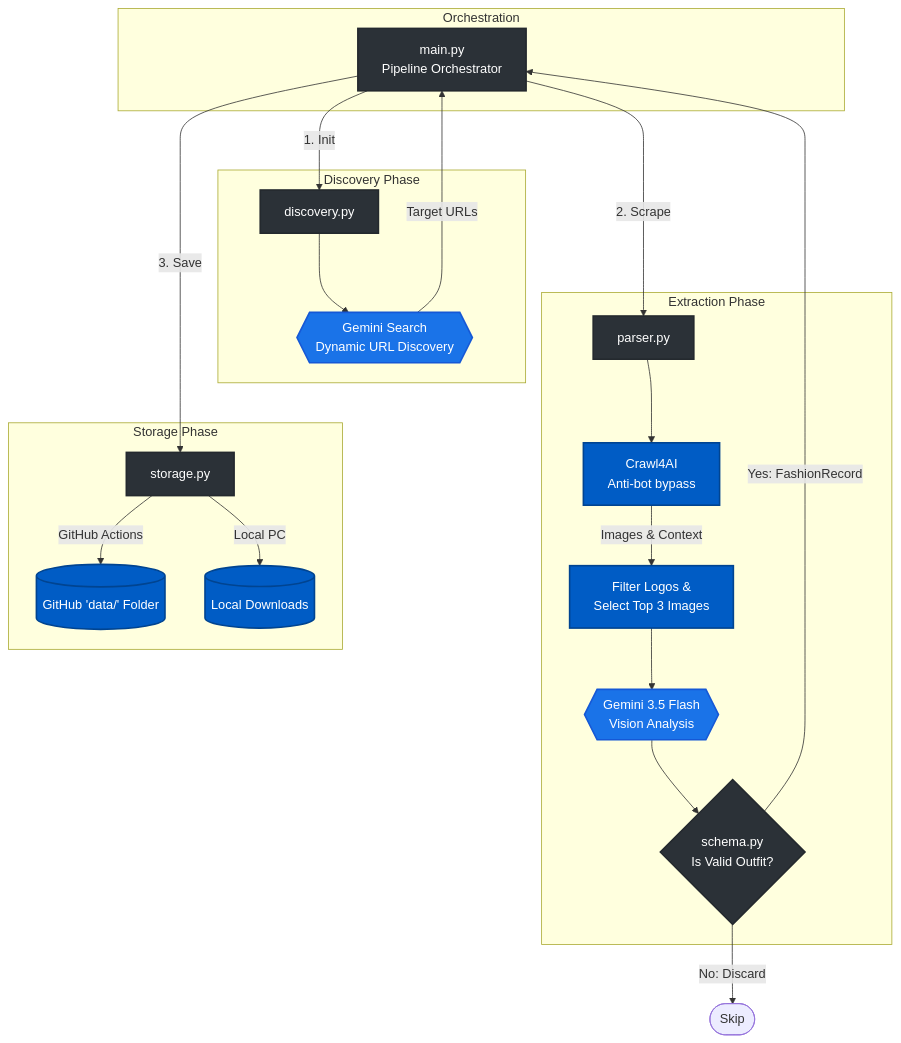
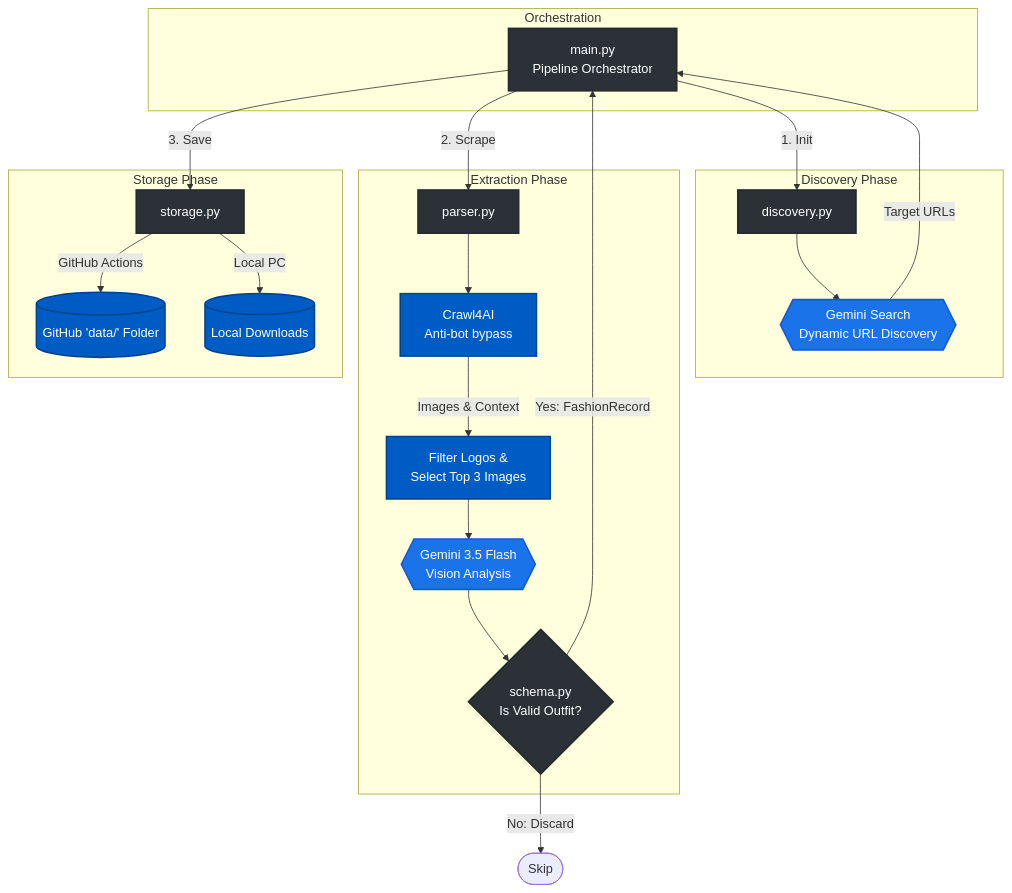
The diagram in README.md (kleinnconrad/style_dataset), drawn with Mermaid before and after one commit.

Commit message:
fix: sequential order of the mermaid diagram

````diff
--- a/README.md
+++ b/README.md
@@ -55,54 +55,52 @@
 ```mermaid
 flowchart TD
     subgraph Orchestration
         Main[main.py<br>Pipeline Orchestrator]
     end
 
     subgraph Discovery Phase
         Disc[discovery.py]
         GemSearch{{Gemini Search<br>Dynamic URL Discovery}}
     end
 
     subgraph Extraction Phase
         Parse[parser.py]
         Crawl[Crawl4AI<br>Anti-bot bypass]
         Filter[Filter Logos &<br>Select Top 3 Images]
         Vision{{Gemini 3.5 Flash<br>Vision Analysis}}
         Schema{schema.py<br>Is Valid Outfit?}
     end
 
     subgraph Storage Phase
         Store[storage.py]
         Git[(GitHub 'data/' Folder)]
         Local[(Local Downloads)]
     end
 
-    %% Force horizontal ordering of the phases
-    Disc ~~~ Parse
-    Parse ~~~ Store
+    Main -->|1. Init| Disc
+    Main -->|2. Scrape| Parse
+    Main -->|3. Save| Store
 
-    Main -->|1. Init| Disc
     Disc --> GemSearch
-    GemSearch -->|Target URLs| Main
     
-    Main -->|2. Scrape| Parse
     Parse --> Crawl
     Crawl -->|Images & Context| Filter
     Filter --> Vision
     Vision --> Schema
-    
-    Schema -->|Yes: FashionRecord| Main
     Schema -->|No: Discard| Discard([Skip])
 
-    Main -->|3. Save| Store
     Store -->|GitHub Actions| Git
     Store -->|Local PC| Local
+
+    %% Define backward edges last so they don't break horizontal ordering
+    GemSearch -->|Target URLs| Main
+    Schema -->|Yes: FashionRecord| Main
 
     classDef script fill:#2b3137,stroke:#24292e,stroke-width:2px,color:#fff;
     classDef model fill:#1a73e8,stroke:#1558d6,stroke-width:2px,color:#fff;
     classDef logic fill:#005cc5,stroke:#004491,stroke-width:2px,color:#fff;
     
     class Main,Disc,Parse,Store,Schema script;
     class GemSearch,Vision model;
     class Crawl,Filter,Git,Local logic;
 ```
````
